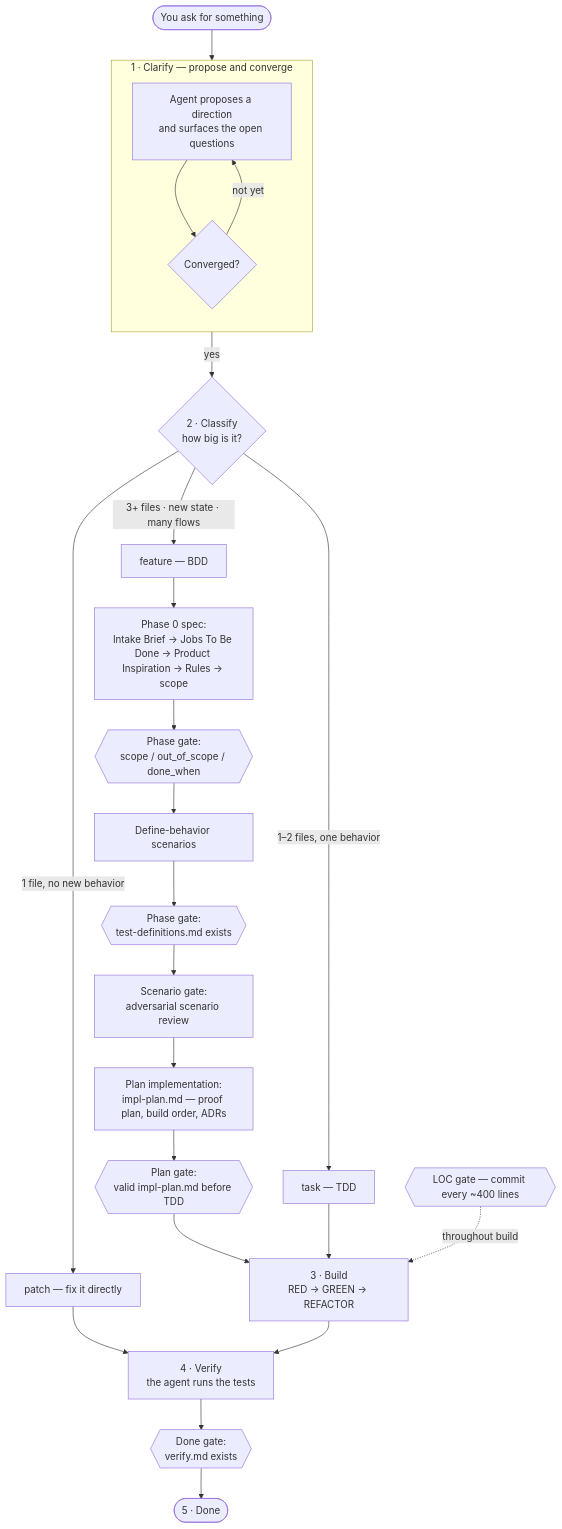
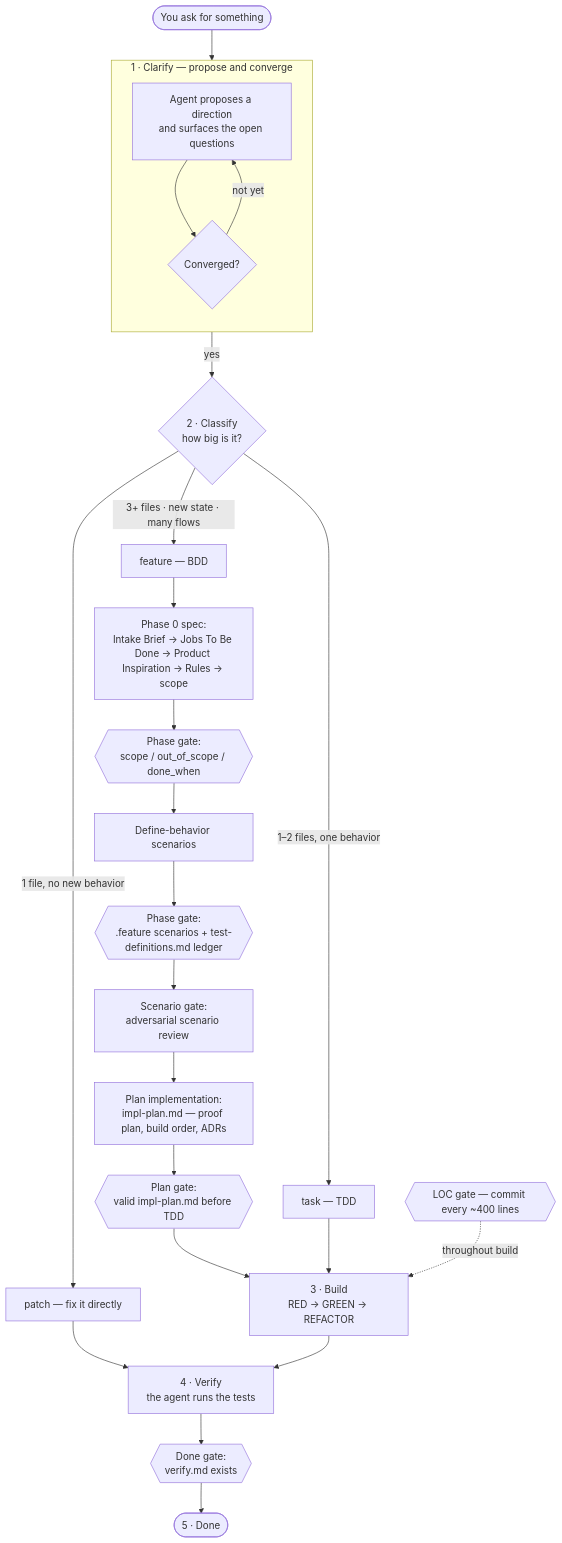
The diagram in packages/website/src/content/docs/getting-started/workflow.mdx (ArcadeAI/safeword), drawn with Mermaid before and after one commit. The commit also changed other lines of this file and 14 other files, not shown here.

````diff
--- a/packages/website/src/content/docs/getting-started/workflow.mdx
+++ b/packages/website/src/content/docs/getting-started/workflow.mdx
@@ -10,37 +10,37 @@
 ```mermaid
 flowchart TD
     start([You ask for something])
     start --> propose
 
     subgraph clarify ["1 · Clarify — propose and converge"]
       direction TB
       propose["Agent proposes a direction<br/>and surfaces the open questions"]
       converged{"Converged?"}
       propose --> converged
       converged -->|"not yet"| propose
     end
 
     converged -->|"yes"| classify{"2 · Classify<br/>how big is it?"}
 
     classify -->|"1 file, no new behavior"| patch["patch — fix it directly"]
     classify -->|"1–2 files, one behavior"| task["task — TDD"]
     classify -->|"3+ files · new state · many flows"| feature["feature — BDD"]
 
     feature --> phase0["Phase 0 spec:<br/>Intake Brief → Jobs To Be Done → Product Inspiration → Rules → scope"]
     phase0 --> g1{{"Phase gate:<br/>scope / out_of_scope / done_when"}}
     g1 --> scenarios["Define-behavior scenarios"]
-    scenarios --> g2{{"Phase gate:<br/>test-definitions.md exists"}}
+    scenarios --> g2{{"Phase gate:<br/>.feature scenarios + test-definitions.md ledger"}}
     g2 --> sgate["Scenario gate:<br/>adversarial scenario review"]
     sgate --> plan["Plan implementation:<br/>impl-plan.md — proof plan, build order, ADRs"]
     plan --> g2b{{"Plan gate:<br/>valid impl-plan.md before TDD"}}
     g2b --> build
 
     task --> build["3 · Build<br/>RED → GREEN → REFACTOR"]
     patch --> verify
 
     build --> verify["4 · Verify<br/>the agent runs the tests"]
     verify --> g3{{"Done gate:<br/>verify.md exists"}}
     g3 --> done([5 · Done])
 
     loc{{"LOC gate — commit every ~400 lines"}} -.->|throughout build| build
 ```
````
